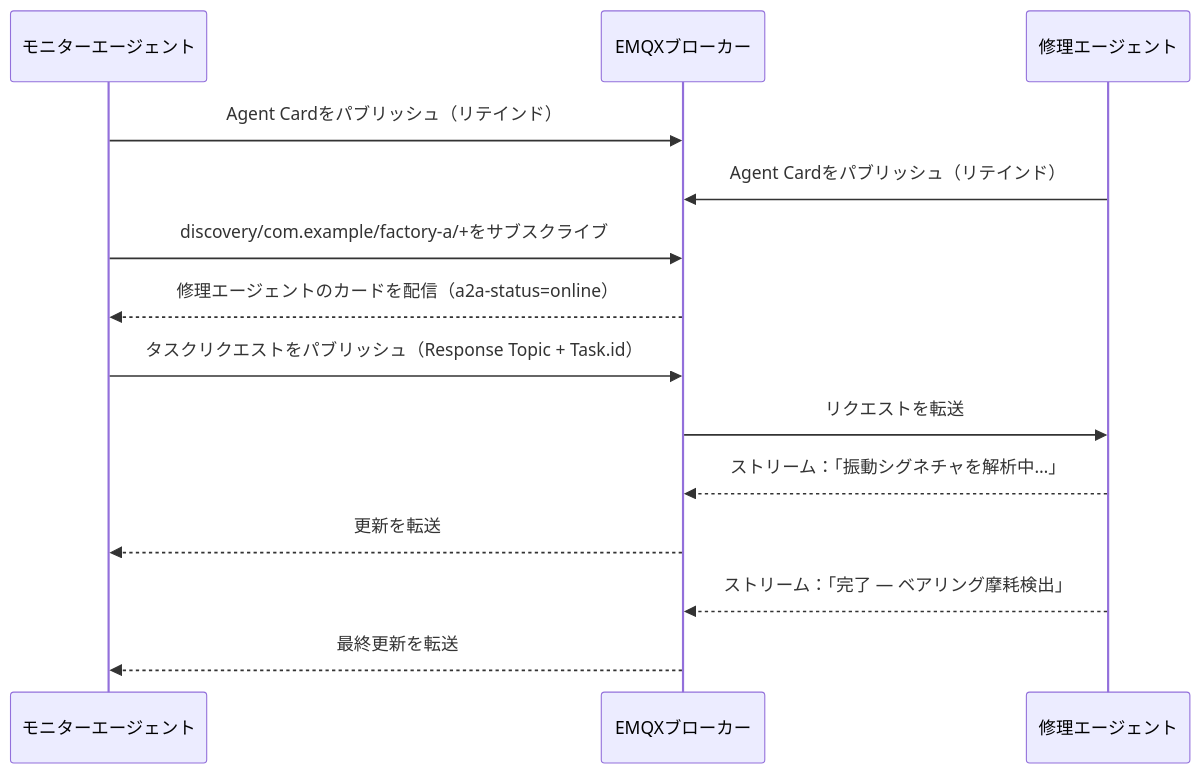
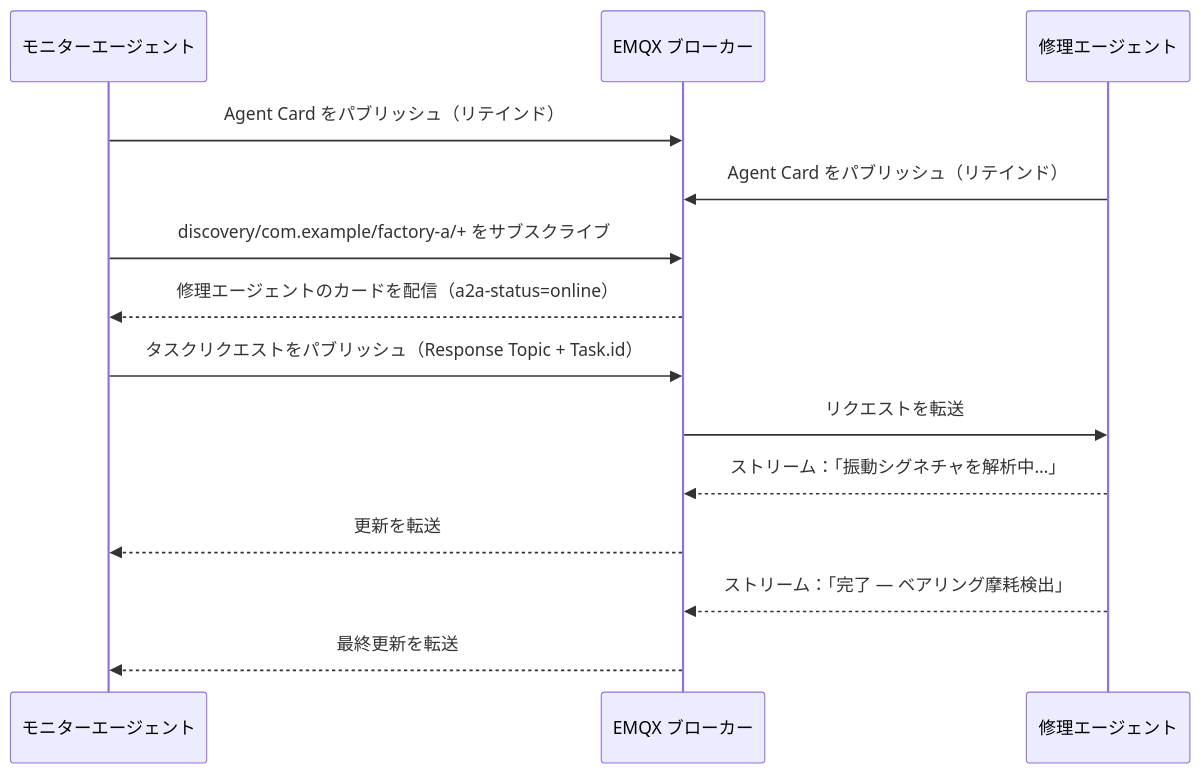
The second of 2 diagrams in ja_JP/emqx-ai/a2a-over-mqtt/architecture.md (emqx/emqx-docs), drawn with Mermaid before and after one commit. The commit also changed other lines of this file and 48 other files, not shown here.

````diff
--- a/ja_JP/emqx-ai/a2a-over-mqtt/architecture.md
+++ b/ja_JP/emqx-ai/a2a-over-mqtt/architecture.md
@@ -153,17 +153,17 @@
 ```mermaid
 sequenceDiagram
     participant M as モニターエージェント
-    participant E as EMQXブローカー
+    participant E as EMQX ブローカー
     participant R as 修理エージェント
 
-    M->>E: Agent Cardをパブリッシュ（リテインド）
-    R->>E: Agent Cardをパブリッシュ（リテインド）
-    M->>E: discovery/com.example/factory-a/+をサブスクライブ
+    M->>E: Agent Card をパブリッシュ（リテインド）
+    R->>E: Agent Card をパブリッシュ（リテインド）
+    M->>E: discovery/com.example/factory-a/+ をサブスクライブ
     E-->>M: 修理エージェントのカードを配信（a2a-status=online）
     M->>E: タスクリクエストをパブリッシュ（Response Topic + Task.id）
     E->>R: リクエストを転送
     R-->>E: ストリーム：「振動シグネチャを解析中…」
     E-->>M: 更新を転送
     R-->>E: ストリーム：「完了 — ベアリング摩耗検出」
     E-->>M: 最終更新を転送
 ```
````
